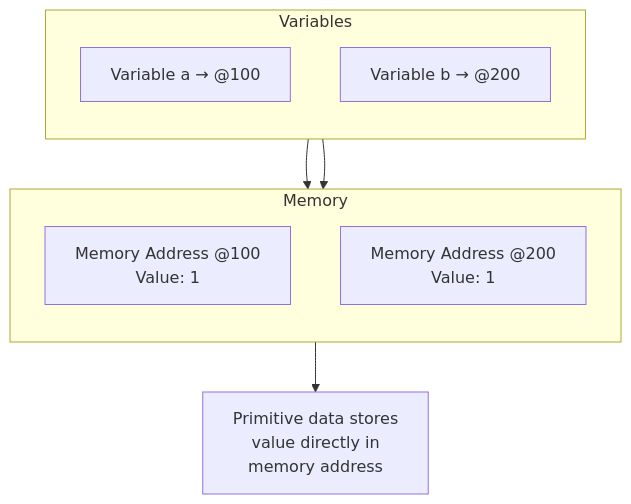
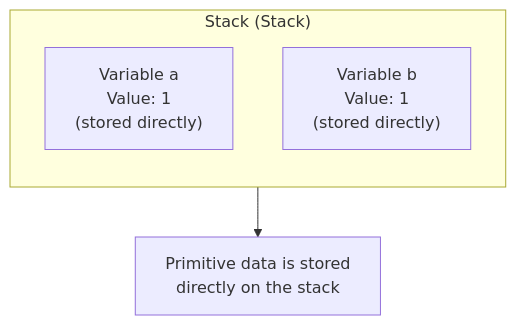
The first of 17 diagrams in markdown/2026-01-18/en/content.mdx (codefug/codefug.github.io), drawn with Mermaid before and after one commit. The commit also changed other lines of this file and 2 other files, not shown here.

````diff
--- a/markdown/2026-01-18/en/content.mdx
+++ b/markdown/2026-01-18/en/content.mdx
@@ -30,21 +34,12 @@
 ```mermaid
 flowchart TB
-    subgraph Memory["Memory"]
+    subgraph Stack["Stack (Stack)"]
         direction TB
-        A1["Memory Address @100<br/>Value: 1"]
-        B1["Memory Address @200<br/>Value: 1"]
+        A["Variable a<br/>Value: 1<br/>(stored directly)"]
+        B["Variable b<br/>Value: 1<br/>(stored directly)"]
     end
-    
-    subgraph Variables["Variables"]
-        direction TB
-        A2["Variable a → @100"]
-        B2["Variable b → @200"]
-    end
-    
-    A2 --> A1
-    B2 --> B1
-    
-    Note1["Primitive data stores<br/>value directly in<br/>memory address"]
-    
-    Memory --> Note1
+
+    Note1["Primitive data is stored<br/>directly on the stack"]
+
+    Stack --> Note1
 ```
````
